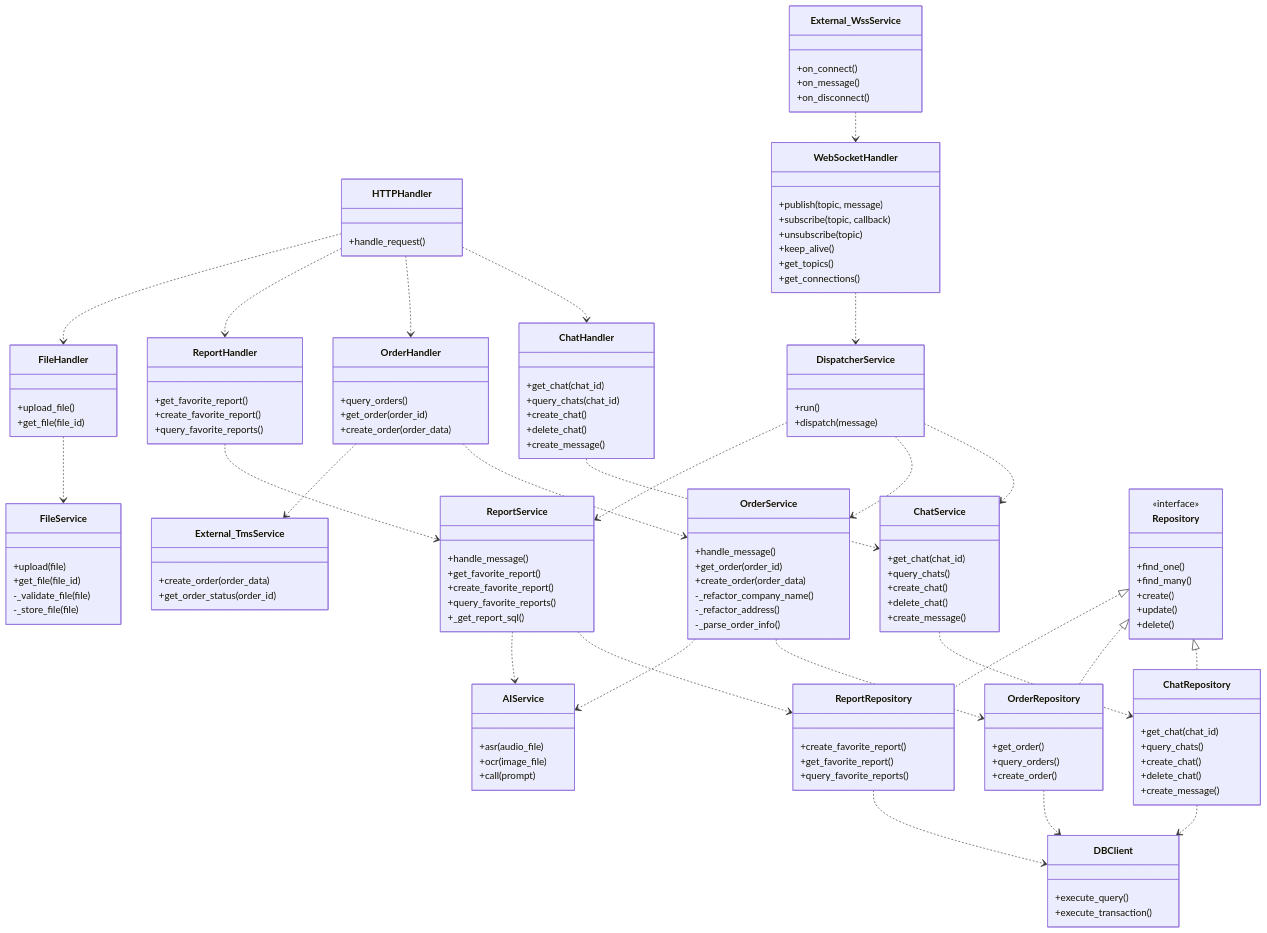
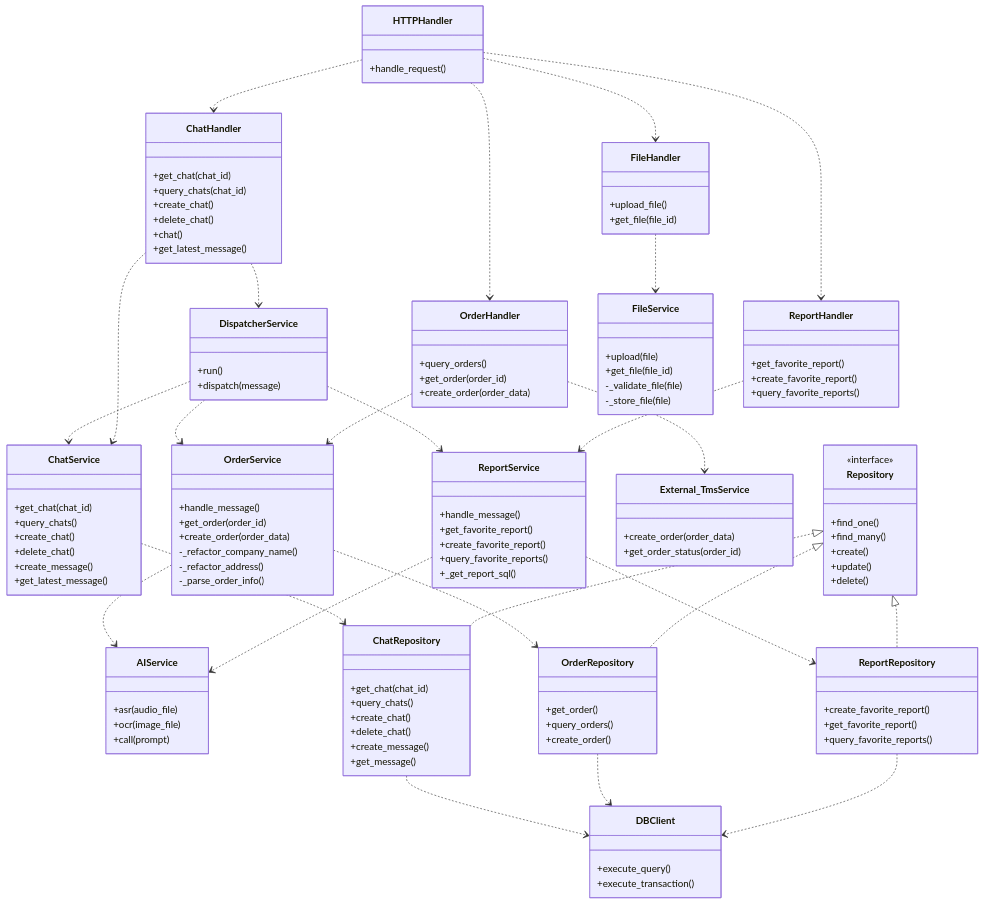
One commit to hanhzf/aiops changed the diagram in ai-coding/output/应用软件分层架构E-R图.md. Above: the diagram before and after it, drawn with Mermaid. The commit also changed other lines of this file and 2 other files, not shown here.

Commit message:
update content

```diff
--- a/ai-coding/output/应用软件分层架构E-R图.md
+++ b/ai-coding/output/应用软件分层架构E-R图.md
@@ -13,7 +13,8 @@
         +query_chats(chat_id)
         +create_chat()
         +delete_chat()
-        +create_message()
+        +chat()
+        +get_latest_message()
     }
     
     class OrderHandler {
@@ -33,22 +34,7 @@
         +get_file(file_id)
     }
 
-    class External_WssService {
-        +on_connect()
-        +on_message()
-        +on_disconnect()
-    }
-
     %% Services
-    class WebSocketHandler {
-        +publish(topic, message)
-        +subscribe(topic, callback)
-        +unsubscribe(topic)
-        +keep_alive()
-        +get_topics()
-        +get_connections()
-    }
-
     class DispatcherService {
         +run()
         +dispatch(message)
@@ -60,6 +46,7 @@
         +create_chat()
         +delete_chat()
         +create_message()
+        +get_latest_message()
     }
 
     class OrderService {
@@ -118,6 +105,7 @@
         +create_chat()
         +delete_chat()
         +create_message()
+        +get_message()
     }
 
     class OrderRepository {
@@ -138,11 +126,10 @@
     HTTPHandler ..> ReportHandler
     HTTPHandler ..> FileHandler
     
-    External_WssService ..> WebSocketHandler
-    WebSocketHandler ..> DispatcherService
-    
+    ChatHandler ..> DispatcherService
+
+    DispatcherService ..> OrderService
     DispatcherService ..> ChatService
-    DispatcherService ..> OrderService
     DispatcherService ..> ReportService
     
     ChatHandler ..> ChatService
```
